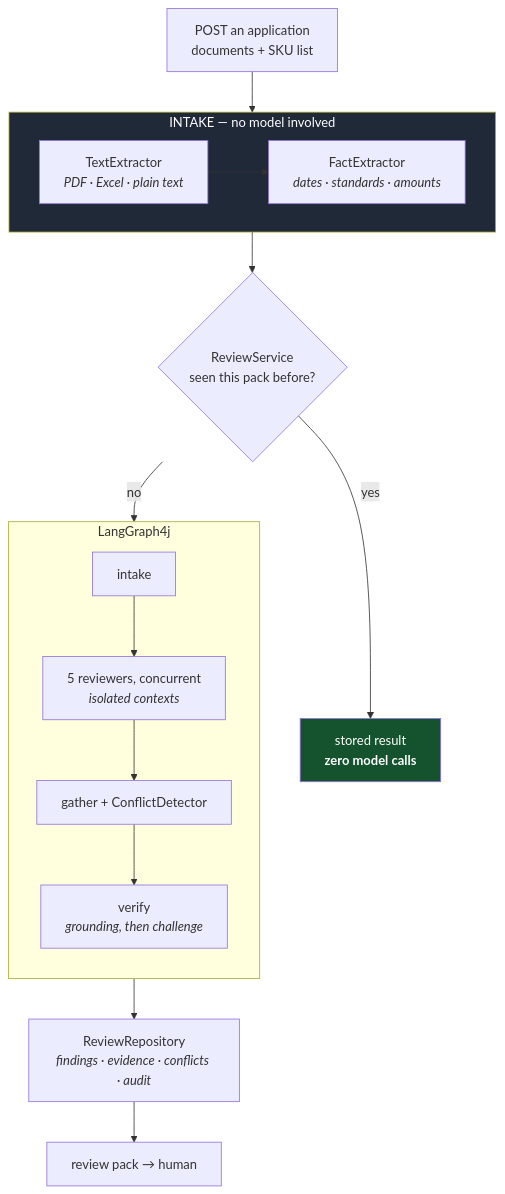
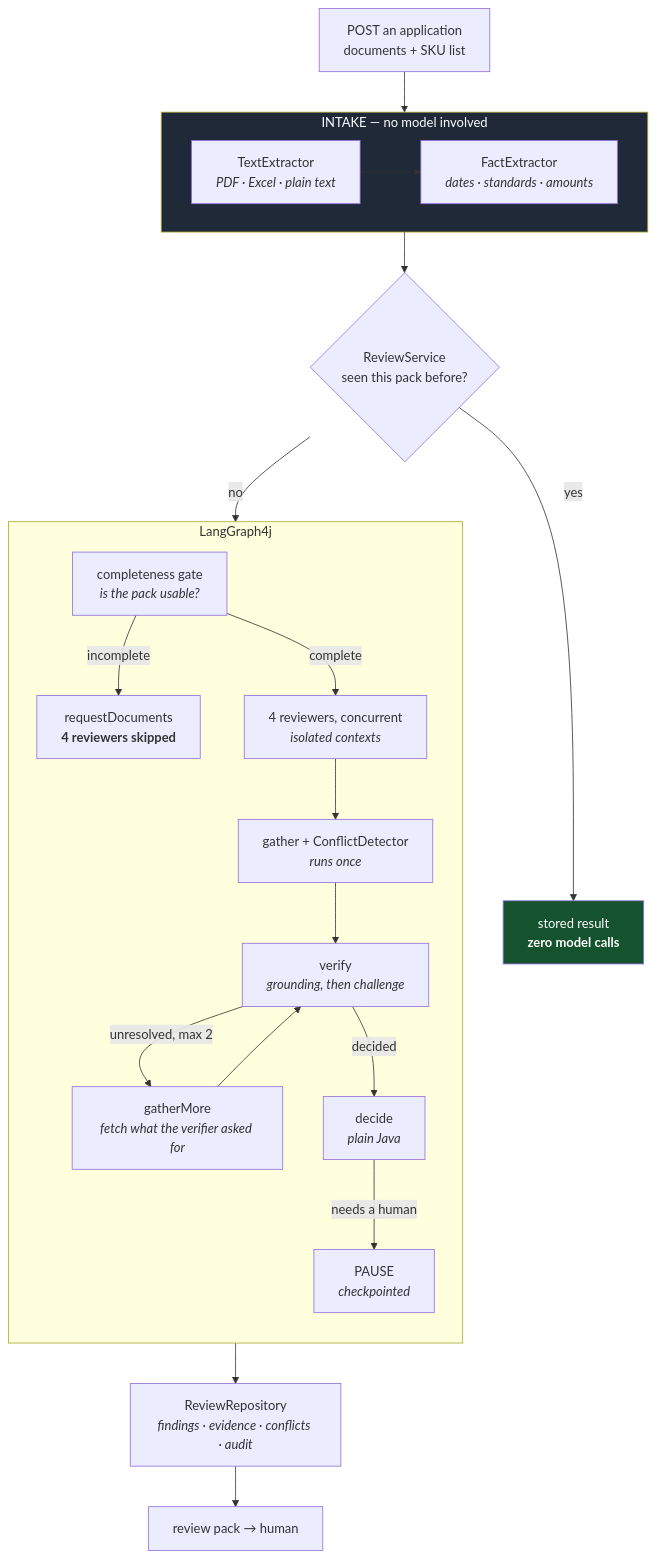
The first of 2 diagrams in docs/interview/architecture-flow.md (sugumar-ramappa/vendor-onboarding), drawn with Mermaid before and after one commit. The commit also changed other lines of this file and 41 other files, not shown here.

````diff
--- a/docs/interview/architecture-flow.md
+++ b/docs/interview/architecture-flow.md
@@ -14,30 +14,38 @@
 ```mermaid
 flowchart TD
     SUB["POST an application<br/>documents + SKU list"]
 
     SUB --> INTAKE
     subgraph INTAKE["INTAKE — no model involved"]
         TX["TextExtractor<br/><i>PDF · Excel · plain text</i>"]
         FX["FactExtractor<br/><i>dates · standards · amounts</i>"]
         TX --> FX
     end
 
     INTAKE --> IDEM{"ReviewService<br/>seen this pack before?"}
     IDEM -->|yes| STORED["stored result<br/><b>zero model calls</b>"]
     IDEM -->|no| GRAPH
 
     subgraph GRAPH["LangGraph4j"]
         direction TB
-        G1["intake"]
-        G2["5 reviewers, concurrent<br/><i>isolated contexts</i>"]
-        G3["gather + ConflictDetector"]
+        G1["completeness gate<br/><i>is the pack usable?</i>"]
+        G0["requestDocuments<br/><b>4 reviewers skipped</b>"]
+        G2["4 reviewers, concurrent<br/><i>isolated contexts</i>"]
+        G3["gather + ConflictDetector<br/><i>runs once</i>"]
         G4["verify<br/><i>grounding, then challenge</i>"]
-        G1 --> G2 --> G3 --> G4
+        GM["gatherMore<br/><i>fetch what the verifier asked for</i>"]
+        G5["decide<br/><i>plain Java</i>"]
+        G6["PAUSE<br/><i>checkpointed</i>"]
+        G1 -->|incomplete| G0
+        G1 -->|complete| G2 --> G3 --> G4
+        G4 -->|unresolved, max 2| GM
+        GM --> G4
+        G4 -->|decided| G5 -->|needs a human| G6
     end
 
     GRAPH --> REPO["ReviewRepository<br/><i>findings · evidence · conflicts · audit</i>"]
     REPO --> PACK["review pack → human"]
 
     style INTAKE fill:#1f2937,color:#fff
     style STORED fill:#14532d,color:#fff
 ```
````
